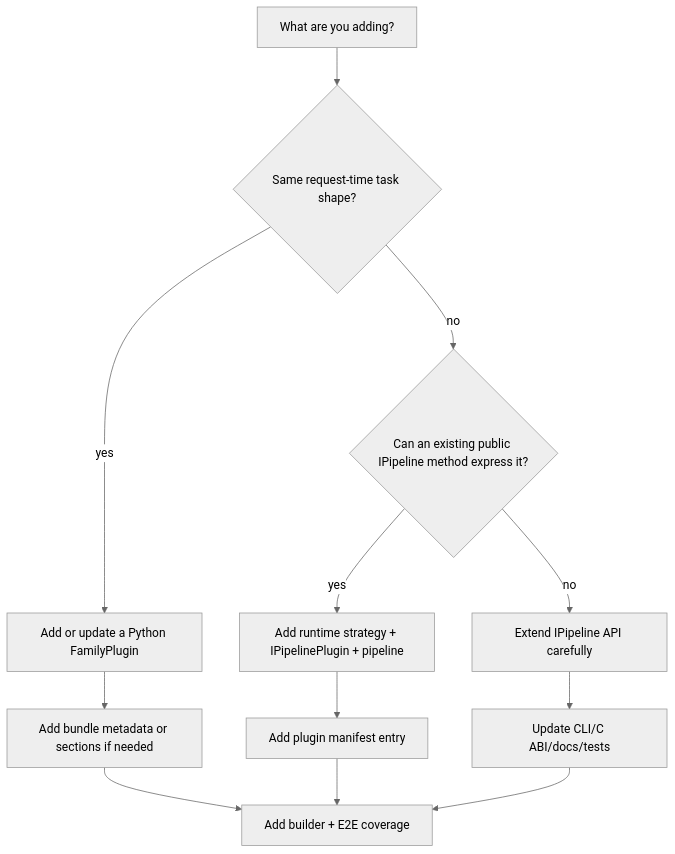
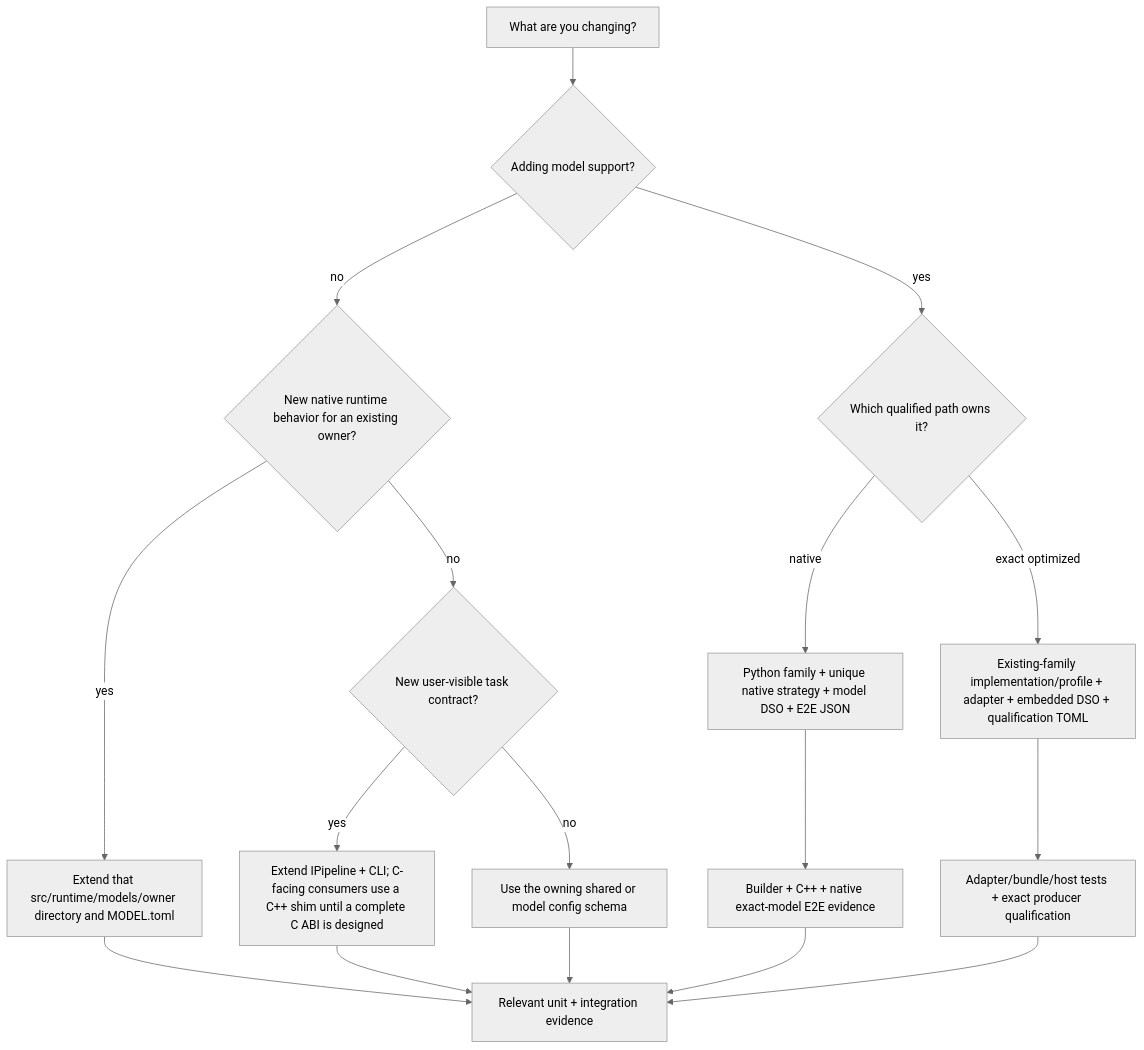
The fourth of 4 diagrams in website/docs/unit-design/building-blocks.md (AbishekCoder1/TensorRT-Model-Connect), drawn with Mermaid (neutral theme) before and after one commit. The commit also changed other lines of this file and 83 other files, not shown here.

````diff
--- a/website/docs/unit-design/building-blocks.md
+++ b/website/docs/unit-design/building-blocks.md
@@ -176,14 +211,19 @@
 ```mermaid
 flowchart TD
-  Start["What are you adding?"] --> SameTask{"Same request-time task shape?"}
-  SameTask -- yes --> NewFamily["Add or update a Python FamilyPlugin"]
-  SameTask -- no --> NewStrategy{"Can an existing public IPipeline method express it?"}
-  NewStrategy -- yes --> Plugin["Add runtime strategy + IPipelinePlugin + pipeline"]
-  NewStrategy -- no --> API["Extend IPipeline API carefully"]
-  NewFamily --> Bundle["Add bundle metadata or sections if needed"]
-  Plugin --> Manifest["Add plugin manifest entry"]
-  API --> CLI["Update CLI/C ABI/docs/tests"]
-  Bundle --> Tests["Add builder + E2E coverage"]
-  Manifest --> Tests
-  CLI --> Tests
+  Start["What are you changing?"] --> NewModel{"Adding model support?"}
+  NewModel -- yes --> ModelPath{"Which qualified path owns it?"}
+  ModelPath -- "native" --> NativeCapsule["Python family + unique native strategy + model DSO + E2E JSON"]
+  ModelPath -- "exact optimized" --> OptimizedCapsule["Existing-family implementation/profile + adapter + embedded DSO + qualification TOML"]
+  NewModel -- no --> Runtime{"New native runtime behavior for an existing owner?"}
+  Runtime -- yes --> Owner["Extend that src/runtime/models/owner directory and MODEL.toml"]
+  Runtime -- no --> Public{"New user-visible task contract?"}
+  Public -- yes --> API["Extend IPipeline + CLI; C-facing consumers use a C++ shim until a complete C ABI is designed"]
+  Public -- no --> Config["Use the owning shared or model config schema"]
+  NativeCapsule --> NativeTests["Builder + C++ + native exact-model E2E evidence"]
+  OptimizedCapsule --> OptimizedTests["Adapter/bundle/host tests + exact producer qualification"]
+  Owner --> Tests
+  API --> Tests
+  Config --> Tests
+  NativeTests --> Tests["Relevant unit + integration evidence"]
+  OptimizedTests --> Tests
 ```
````
